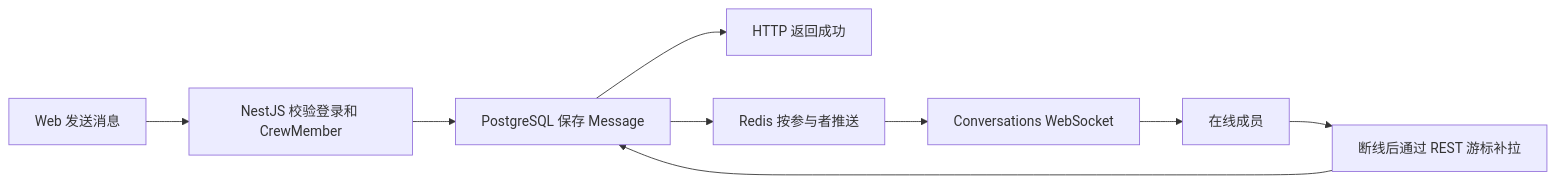
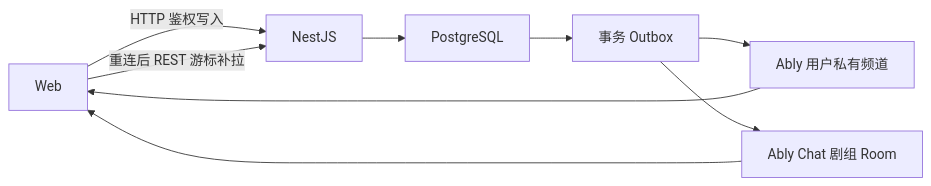
Before and after one commit to sleep202411/agent: the diagram in docs/crew-collaboration-product-development-v1.md, drawn with Mermaid. The commit also changed other lines of this file and 243 other files, not shown here.

````diff
--- a/docs/crew-collaboration-product-development-v1.md
+++ b/docs/crew-collaboration-product-development-v1.md
@@ -299,11 +160,11 @@
 ```mermaid
 flowchart LR
-  A["Web 发送消息"] --> B["NestJS 校验登录和 CrewMember"]
-  B --> C["PostgreSQL 保存 Message"]
-  C --> D["HTTP 返回成功"]
-  C --> E["Redis 按参与者推送"]
-  E --> F["Conversations WebSocket"]
-  F --> G["在线成员"]
-  G --> H["断线后通过 REST 游标补拉"]
-  H --> C
+  W["Web"] -->|"HTTP 鉴权写入"| N["NestJS"]
+  N --> P["PostgreSQL"]
+  P --> O["事务 Outbox"]
+  O --> U["Ably 用户私有频道"]
+  O --> R["Ably Chat 剧组 Room"]
+  U --> W
+  R --> W
+  W -->|"重连后 REST 游标补拉"| N
 ```
````
